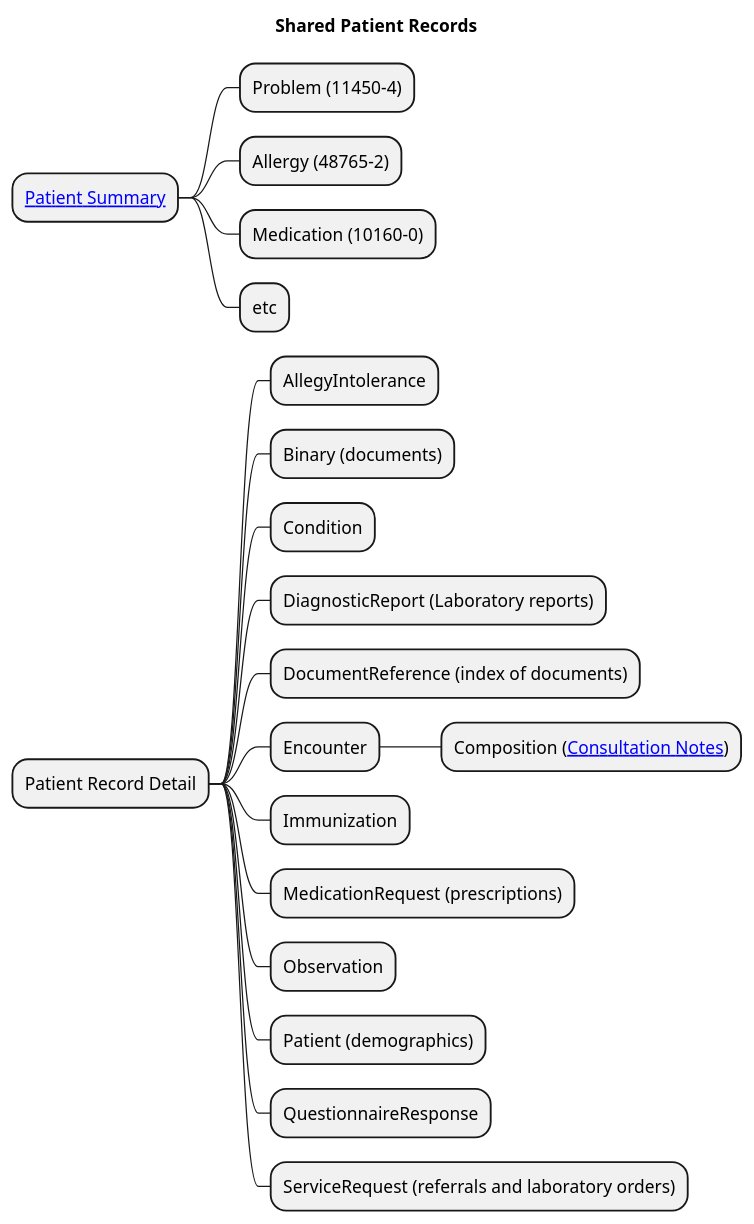
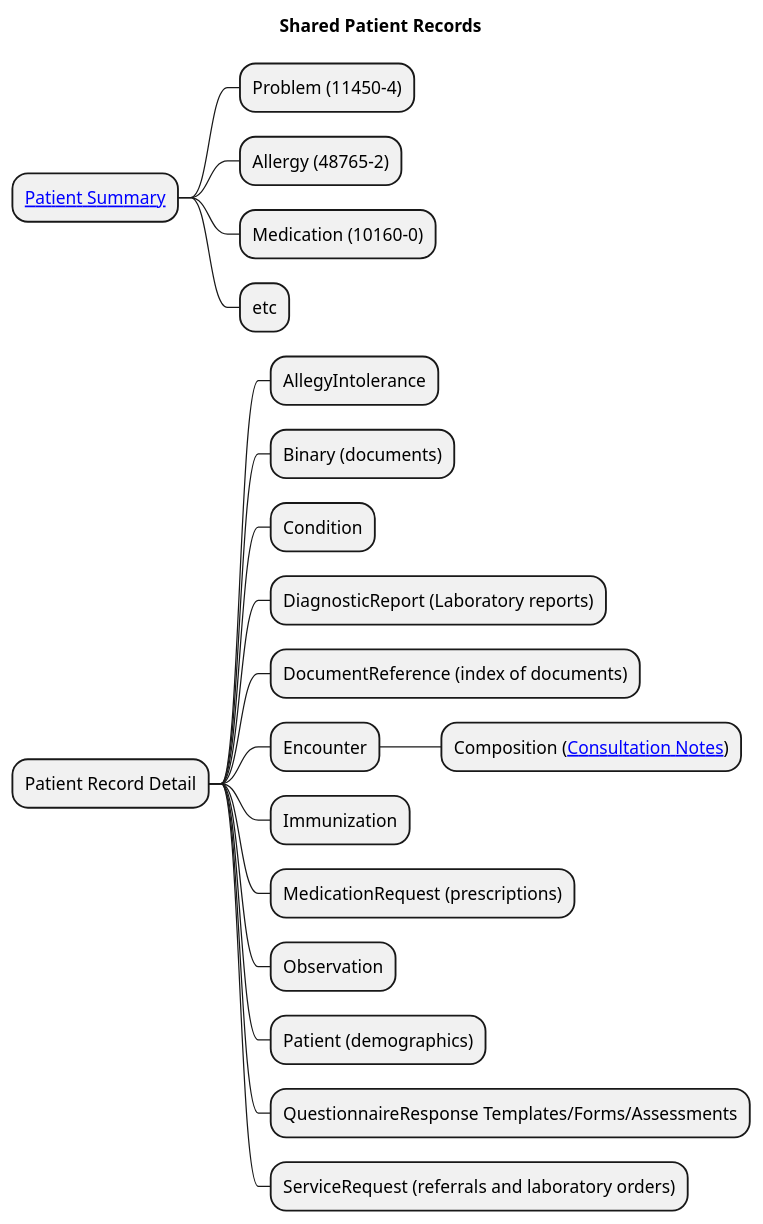
The diagram in input/images-source/shared-patient-records-mindmap.plantuml (Virtually-Healthcare/virtually-healthcare.github.com), drawn with PlantUML before and after one commit. The commit also changed 1 other file, not shown here.

```diff
--- a/input/images-source/shared-patient-records-mindmap.plantuml
+++ b/input/images-source/shared-patient-records-mindmap.plantuml
@@ -1,25 +1,25 @@
 @startmindmap
 
 title "Shared Patient Records"
 
 * [[StructureDefinition-PatientSummary.html Patient Summary]]
 ** Problem (11450-4)
 ** Allergy (48765-2)
 ** Medication (10160-0)
 ** etc
 * Patient Record Detail
 ** AllegyIntolerance
 ** Binary (documents)
 ** Condition
 ** DiagnosticReport (Laboratory reports)
 ** DocumentReference (index of documents)
 ** Encounter
 *** Composition ([[StructureDefinition-ConsulationNote.html Consultation Notes]])
 ** Immunization
 ** MedicationRequest (prescriptions)
 ** Observation
 ** Patient (demographics)
-** QuestionnaireResponse
+** QuestionnaireResponse Templates/Forms/Assessments
 ** ServiceRequest (referrals and laboratory orders)
 
 @endtmindmap
```
